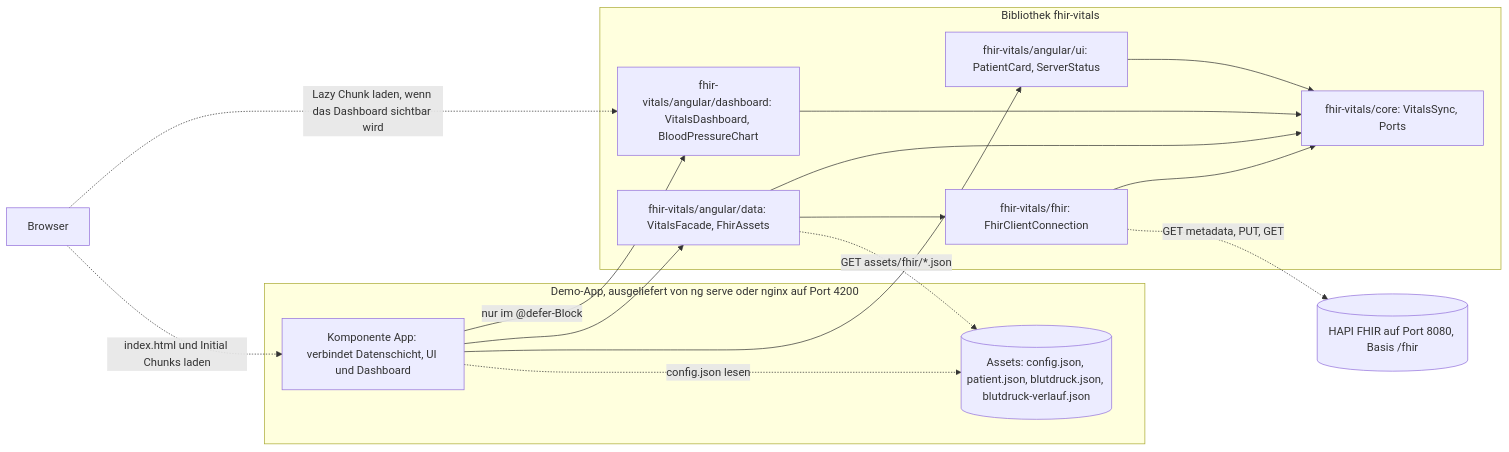
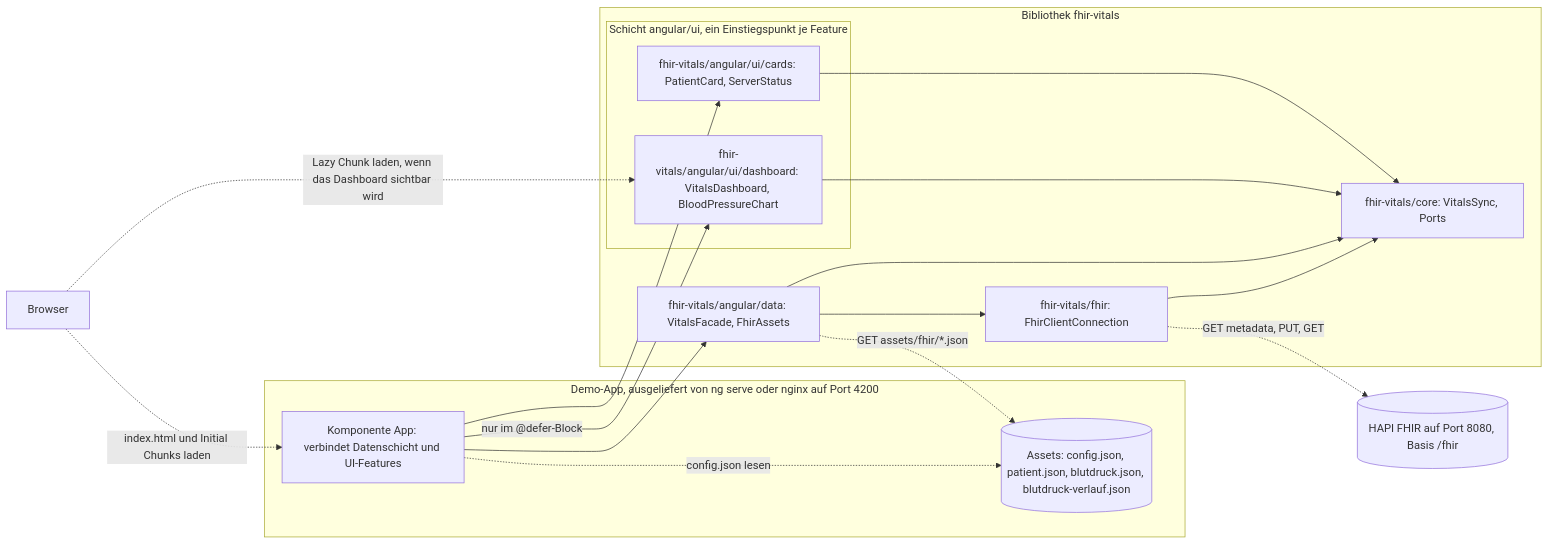
The diagram in README.md (forschungsgruppe-digital-health/angular-fhir-vitals), drawn with Mermaid before and after one commit. The commit also changed other lines of this file and 30 other files, not shown here.

First line of the commit message:
Move Angular UI into feature entry points ui/cards and ui/dashboard

````diff
--- a/README.md
+++ b/README.md
@@ -460,29 +535,31 @@
 ```mermaid
 flowchart LR
   Browser["Browser"]
   subgraph App["Demo-App, ausgeliefert von ng serve oder nginx auf Port 4200"]
-    Page["Komponente App: verbindet Datenschicht, UI und Dashboard"]
+    Page["Komponente App: verbindet Datenschicht und UI-Features"]
     Assets[("Assets: config.json, patient.json, blutdruck.json, blutdruck-verlauf.json")]
   end
   subgraph Lib["Bibliothek fhir-vitals"]
-    UI["fhir-vitals/angular/ui: PatientCard, ServerStatus"]
-    DASH["fhir-vitals/angular/dashboard: VitalsDashboard, BloodPressureChart"]
+    subgraph UI["Schicht angular/ui, ein Einstiegspunkt je Feature"]
+      CARDS["fhir-vitals/angular/ui/cards: PatientCard, ServerStatus"]
+      DASH["fhir-vitals/angular/ui/dashboard: VitalsDashboard, BloodPressureChart"]
+    end
     NG["fhir-vitals/angular/data: VitalsFacade, FhirAssets"]
     FHIR["fhir-vitals/fhir: FhirClientConnection"]
     CORE["fhir-vitals/core: VitalsSync, Ports"]
   end
   HAPI[("HAPI FHIR auf Port 8080, Basis /fhir")]
   Browser -. "index.html und Initial Chunks laden" .-> Page
   Browser -. "Lazy Chunk laden, wenn das Dashboard sichtbar wird" .-> DASH
-  Page --> UI
+  Page --> CARDS
   Page -- "nur im @defer-Block" --> DASH
   Page --> NG
-  UI --> CORE
+  CARDS --> CORE
   DASH --> CORE
   NG --> CORE
   NG --> FHIR
   FHIR --> CORE
   Page -. "config.json lesen" .-> Assets
   NG -. "GET assets/fhir/*.json" .-> Assets
   FHIR -. "GET metadata, PUT, GET" .-> HAPI
 ```
````
